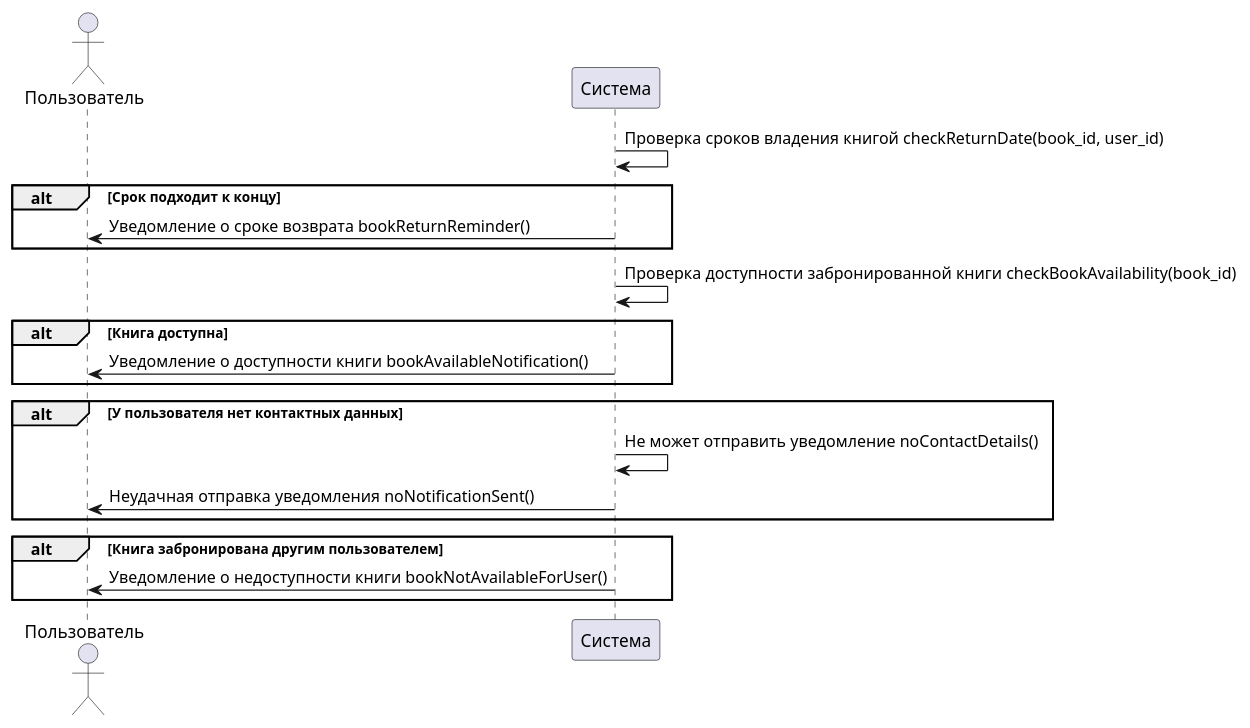
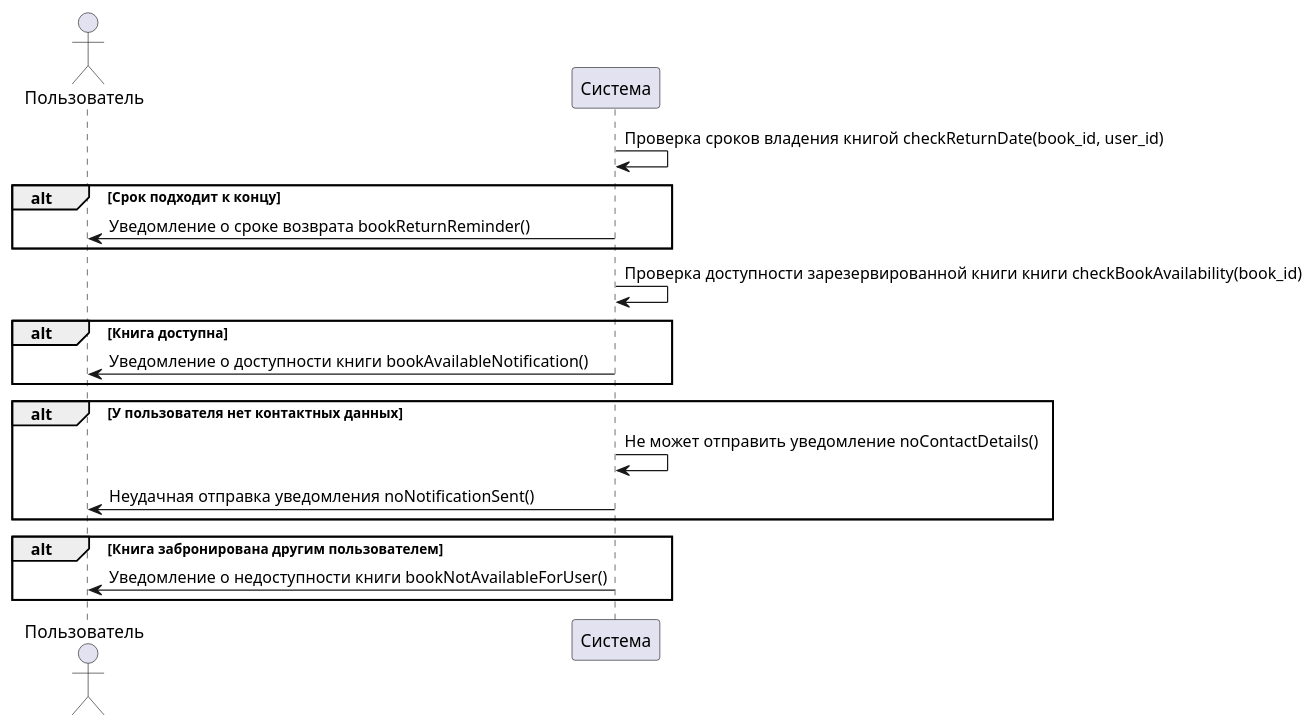
The diagram in Theory/Прецеденты/Уведомление/Уведомление uml.md (penamarth/bsbo-03-22_team1_var2), drawn with PlantUML before and after one commit.

Commit message:
Update Уведомление uml.md

```diff
--- a/Theory/Прецеденты/Уведомление/Уведомление uml.md
+++ b/Theory/Прецеденты/Уведомление/Уведомление uml.md
@@ -1,25 +1,25 @@
 @startuml
 
 actor Пользователь
 participant Система
 
 Система -> Система : Проверка сроков владения книгой checkReturnDate(book_id, user_id)
 alt Срок подходит к концу
     Система -> Пользователь : Уведомление о сроке возврата bookReturnReminder()
 end
 
-Система -> Система : Проверка доступности забронированной книги checkBookAvailability(book_id)
+Система -> Система : Проверка доступности зарезервированной книги книги checkBookAvailability(book_id)
 alt Книга доступна
     Система -> Пользователь : Уведомление о доступности книги bookAvailableNotification()
 end
 
 alt У пользователя нет контактных данных
     Система -> Система : Не может отправить уведомление noContactDetails()
     Система -> Пользователь : Неудачная отправка уведомления noNotificationSent()
 end
 
 alt Книга забронирована другим пользователем
     Система -> Пользователь : Уведомление о недоступности книги bookNotAvailableForUser()
 end
 
 @enduml
```
